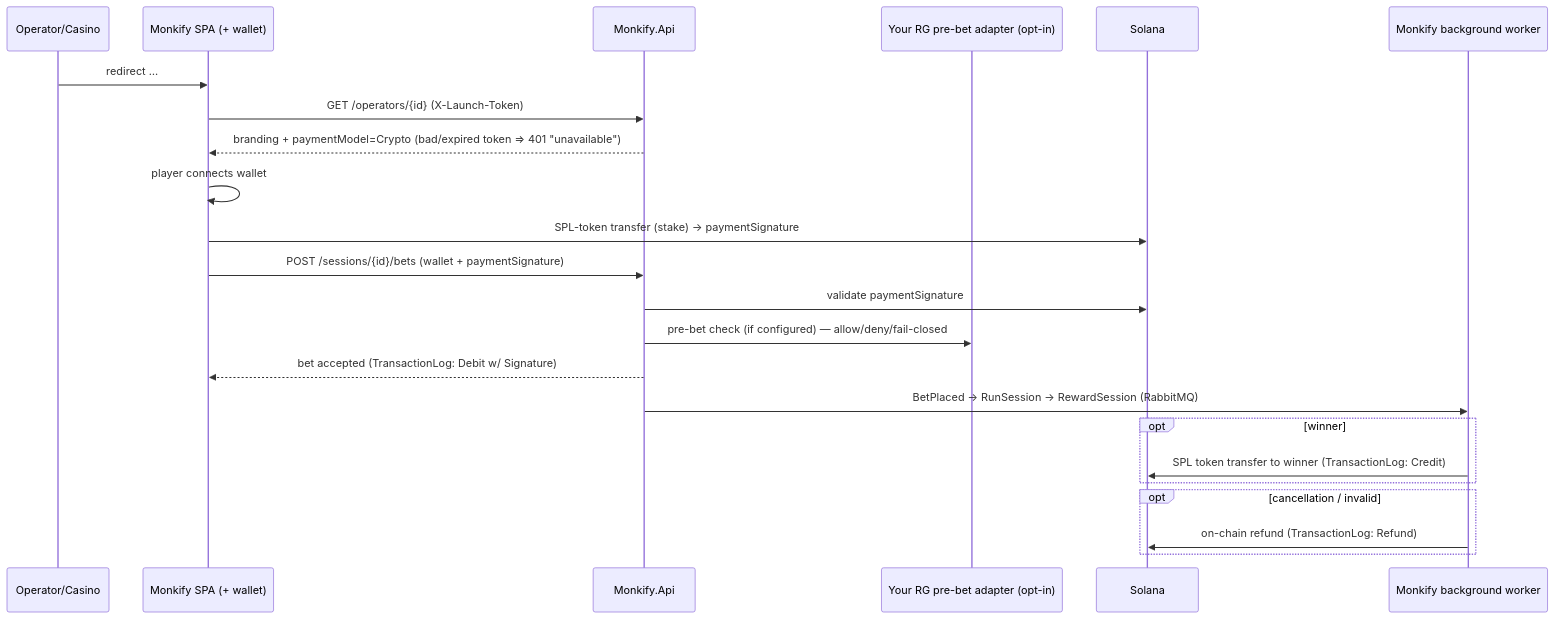
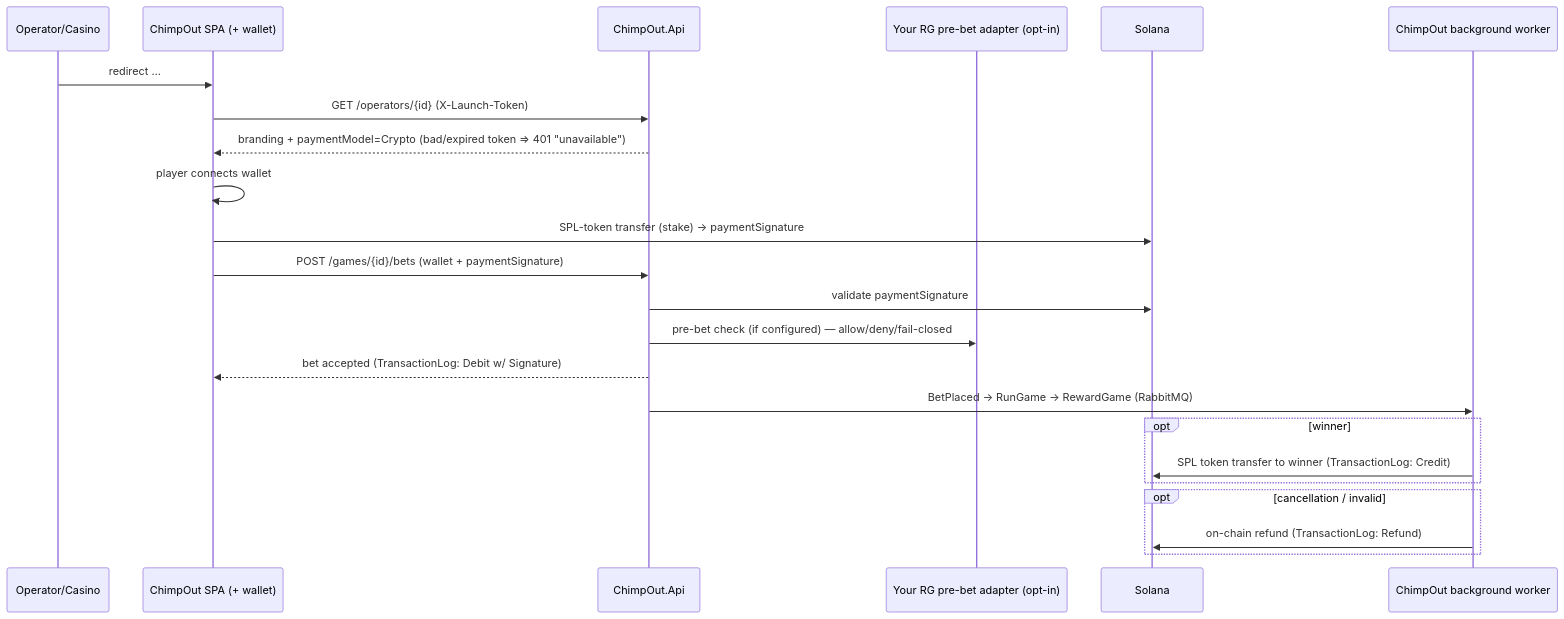
Before and after one commit to marcusruas/monkify-meta: the second of 2 diagrams in specs/sales-technical-documents.md, drawn with Mermaid. The commit also changed other lines of this file and 57 other files, not shown here.

First line of the commit message:
Rebrand: Monkify->ChimpOut, Session->Game in KB prose (monkify-meta)

````diff
--- a/specs/sales-technical-documents.md
+++ b/specs/sales-technical-documents.md
@@ -302,26 +302,26 @@
 ```mermaid
 sequenceDiagram
   participant Casino as Operator/Casino
-  participant SPA as Monkify SPA (+ wallet)
-  participant API as Monkify.Api
+  participant SPA as ChimpOut SPA (+ wallet)
+  participant API as ChimpOut.Api
   participant RG as Your RG pre-bet adapter (opt-in)
   participant Chain as Solana
-  participant Cons as Monkify background worker
+  participant Cons as ChimpOut background worker
 
   Casino->>SPA: redirect …#launch_token=<jwt> (RS256, iss, sub empty)
   SPA->>API: GET /operators/{id} (X-Launch-Token)
   API-->>SPA: branding + paymentModel=Crypto  (bad/expired token ⇒ 401 "unavailable")
   SPA->>SPA: player connects wallet
   SPA->>Chain: SPL-token transfer (stake) → paymentSignature
-  SPA->>API: POST /sessions/{id}/bets (wallet + paymentSignature)
+  SPA->>API: POST /games/{id}/bets (wallet + paymentSignature)
   API->>Chain: validate paymentSignature
   API->>RG: pre-bet check (if configured) — allow/deny/fail-closed
   API-->>SPA: bet accepted (TransactionLog: Debit w/ Signature)
-  API->>Cons: BetPlaced → RunSession → RewardSession (RabbitMQ)
+  API->>Cons: BetPlaced → RunGame → RewardGame (RabbitMQ)
   opt winner
     Cons->>Chain: SPL token transfer to winner  (TransactionLog: Credit)
   end
   opt cancellation / invalid
     Cons->>Chain: on-chain refund  (TransactionLog: Refund)
   end
 ```
````
